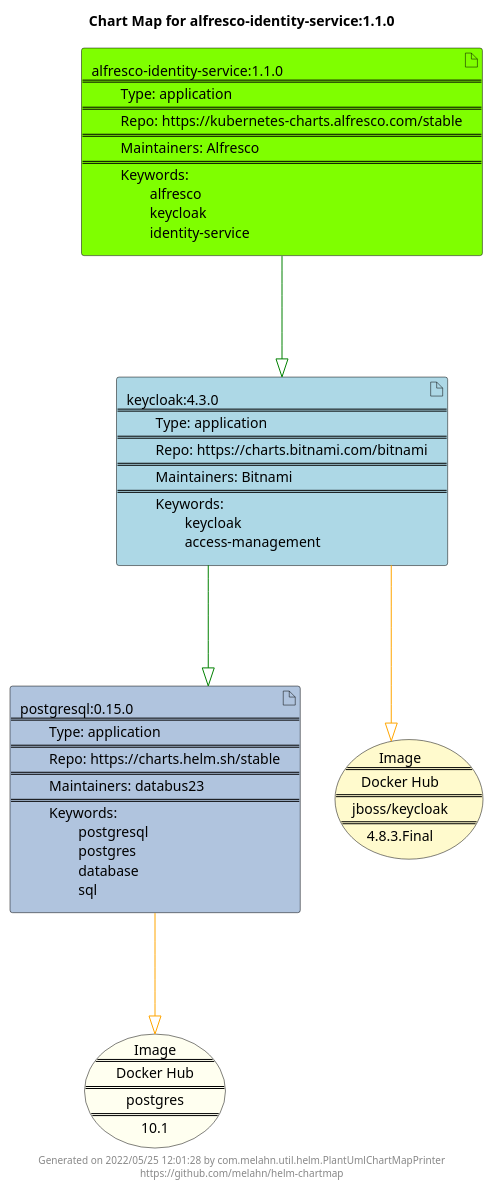
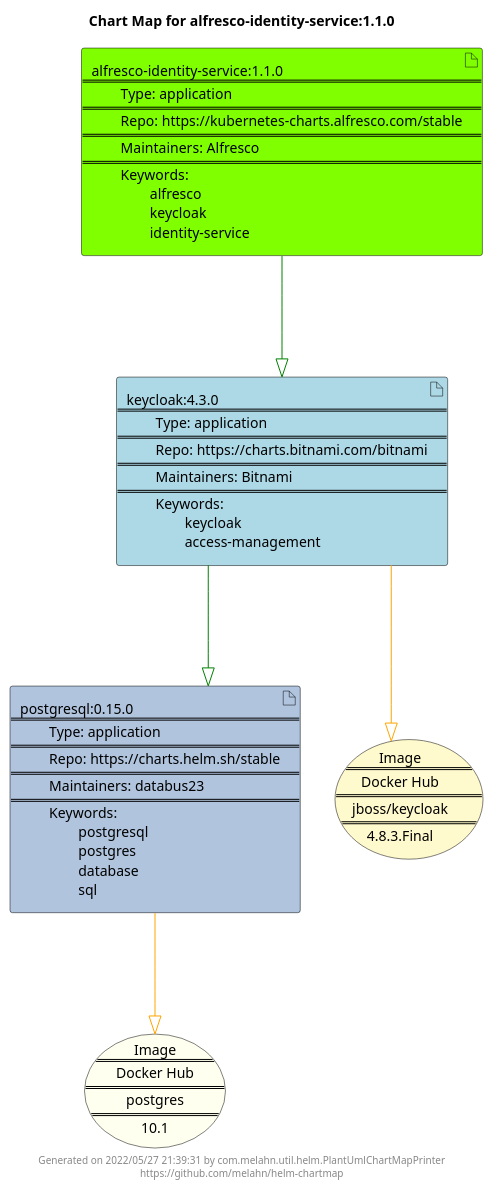
Before and after one commit to melahn/helm-chartmap: the diagram in docs/alfresco-identity-service/alfresco-identity-service-1.1.0.puml, drawn with PlantUML. The commit also changed 63 other files, not shown here.

Commit message:
Update Example Chart Maps as part of GitHub build

```diff
--- a/docs/alfresco-identity-service/alfresco-identity-service-1.1.0.puml
+++ b/docs/alfresco-identity-service/alfresco-identity-service-1.1.0.puml
@@ -1,27 +1,27 @@
 @startuml
 skinparam linetype ortho
 skinparam backgroundColor white
 skinparam usecaseBorderColor black
 skinparam usecaseArrowColor LightSlateGray
 skinparam artifactBorderColor black
 skinparam artifactArrowColor LightSlateGray
 
 title Chart Map for alfresco-identity-service:1.1.0
 
 'There are 3 referenced Helm Charts
 artifact "postgresql:0.15.0\n====\n\tType: application\n====\n\tRepo: https://charts.helm.sh/stable\n====\n\tMaintainers: databus23\n====\n\tKeywords: \n\t\tpostgresql\n\t\tpostgres\n\t\tdatabase\n\t\tsql" as postgresql_0_15_0 #LightSteelBlue
 artifact "alfresco-identity-service:1.1.0\n====\n\tType: application\n====\n\tRepo: https://kubernetes-charts.alfresco.com/stable\n====\n\tMaintainers: Alfresco\n====\n\tKeywords: \n\t\talfresco\n\t\tkeycloak\n\t\tidentity-service" as alfresco_identity_service_1_1_0 #Chartreuse
 artifact "keycloak:4.3.0\n====\n\tType: application\n====\n\tRepo: https://charts.bitnami.com/bitnami\n====\n\tMaintainers: Bitnami\n====\n\tKeywords: \n\t\tkeycloak\n\t\taccess-management" as keycloak_4_3_0 #LightBlue
 
 'There are 2 referenced Docker Images
 usecase "Image\n====\nDocker Hub\n====\npostgres\n====\n10.1" as postgres_10_1 #Ivory
 usecase "Image\n====\nDocker Hub\n====\njboss/keycloak\n====\n4.8.3.Final" as jboss_keycloak_4_8_3_Final #LemonChiffon
 
 'Chart Dependencies
 alfresco_identity_service_1_1_0--[#green]-|>keycloak_4_3_0
 keycloak_4_3_0--[#green]-|>postgresql_0_15_0
 postgresql_0_15_0--[#orange]-|>postgres_10_1
 keycloak_4_3_0--[#orange]-|>jboss_keycloak_4_8_3_Final
 
-center footer Generated on 2022/05/25 12:01:28 by com.melahn.util.helm.PlantUmlChartMapPrinter\nhttps://github.com/melahn/helm-chartmap
+center footer Generated on 2022/05/27 21:39:31 by com.melahn.util.helm.PlantUmlChartMapPrinter\nhttps://github.com/melahn/helm-chartmap
 @enduml
```
